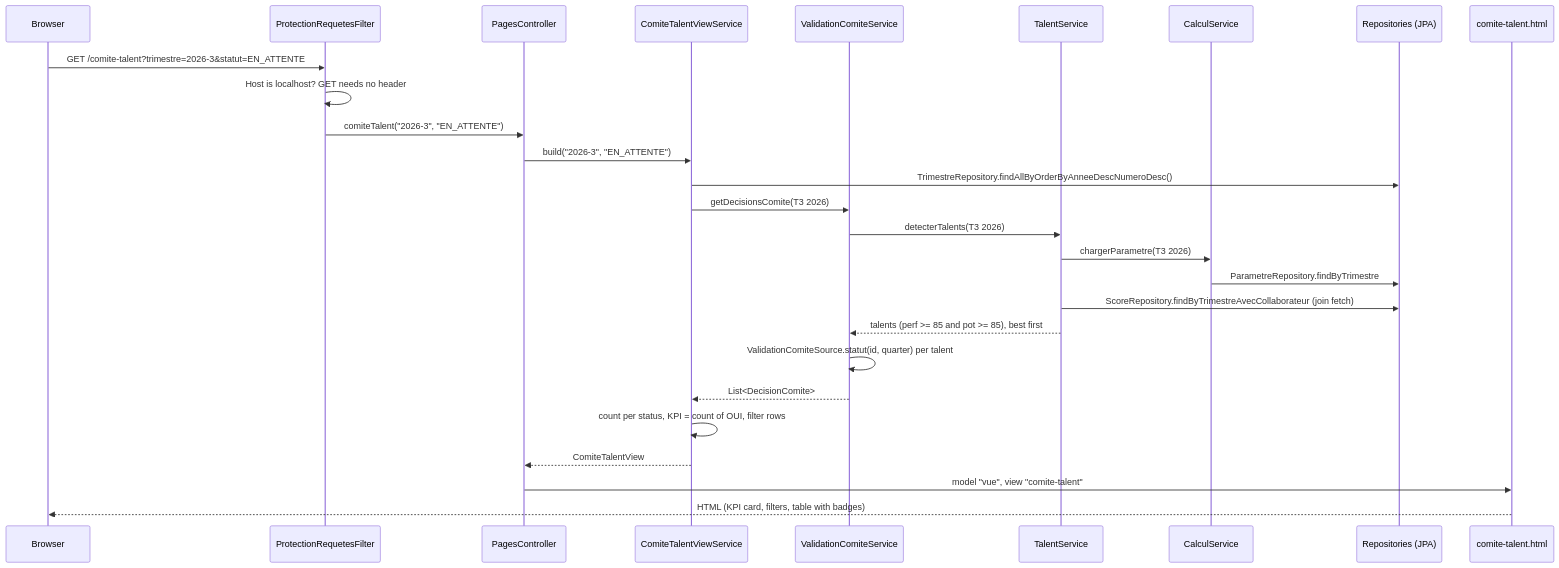
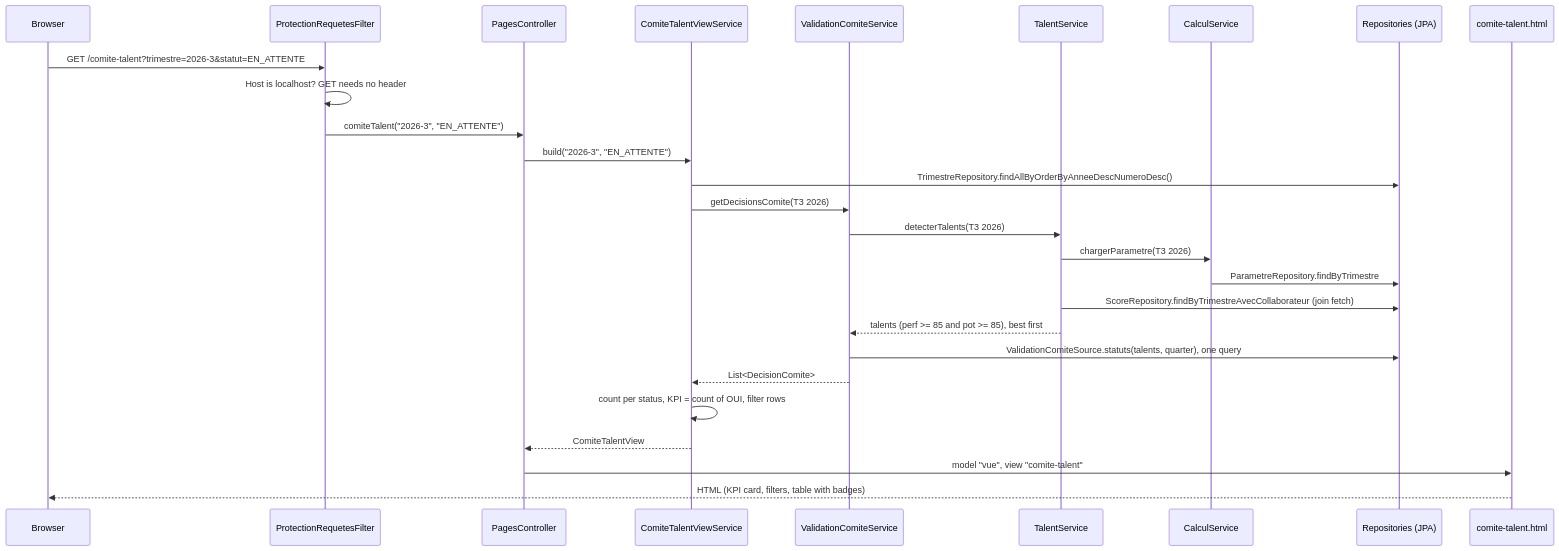
One commit to yasmine-kh/RH-project changed the fourth of 5 diagrams in docs/guide-developpeur.md. Above: the diagram before and after it, drawn with Mermaid. The commit also changed other lines of this file and 32 other files, not shown here.

````diff
--- a/docs/guide-developpeur.md
+++ b/docs/guide-developpeur.md
@@ -741,29 +749,29 @@
 ```mermaid
 sequenceDiagram
     participant B as Browser
     participant F as ProtectionRequetesFilter
     participant PC as PagesController
     participant VS as ComiteTalentViewService
     participant VC as ValidationComiteService
     participant TS as TalentService
     participant CS as CalculService
     participant R as Repositories (JPA)
     participant T as comite-talent.html
     B->>F: GET /comite-talent?trimestre=2026-3&statut=EN_ATTENTE
     F->>F: Host is localhost? GET needs no header
     F->>PC: comiteTalent("2026-3", "EN_ATTENTE")
     PC->>VS: build("2026-3", "EN_ATTENTE")
     VS->>R: TrimestreRepository.findAllByOrderByAnneeDescNumeroDesc()
     VS->>VC: getDecisionsComite(T3 2026)
     VC->>TS: detecterTalents(T3 2026)
     TS->>CS: chargerParametre(T3 2026)
     CS->>R: ParametreRepository.findByTrimestre
     TS->>R: ScoreRepository.findByTrimestreAvecCollaborateur (join fetch)
     TS-->>VC: talents (perf >= 85 and pot >= 85), best first
-    VC->>VC: ValidationComiteSource.statut(id, quarter) per talent
+    VC->>R: ValidationComiteSource.statuts(talents, quarter), one query
     VC-->>VS: List<DecisionComite>
     VS->>VS: count per status, KPI = count of OUI, filter rows
     VS-->>PC: ComiteTalentView
     PC->>T: model "vue", view "comite-talent"
     T-->>B: HTML (KPI card, filters, table with badges)
 ```
````
